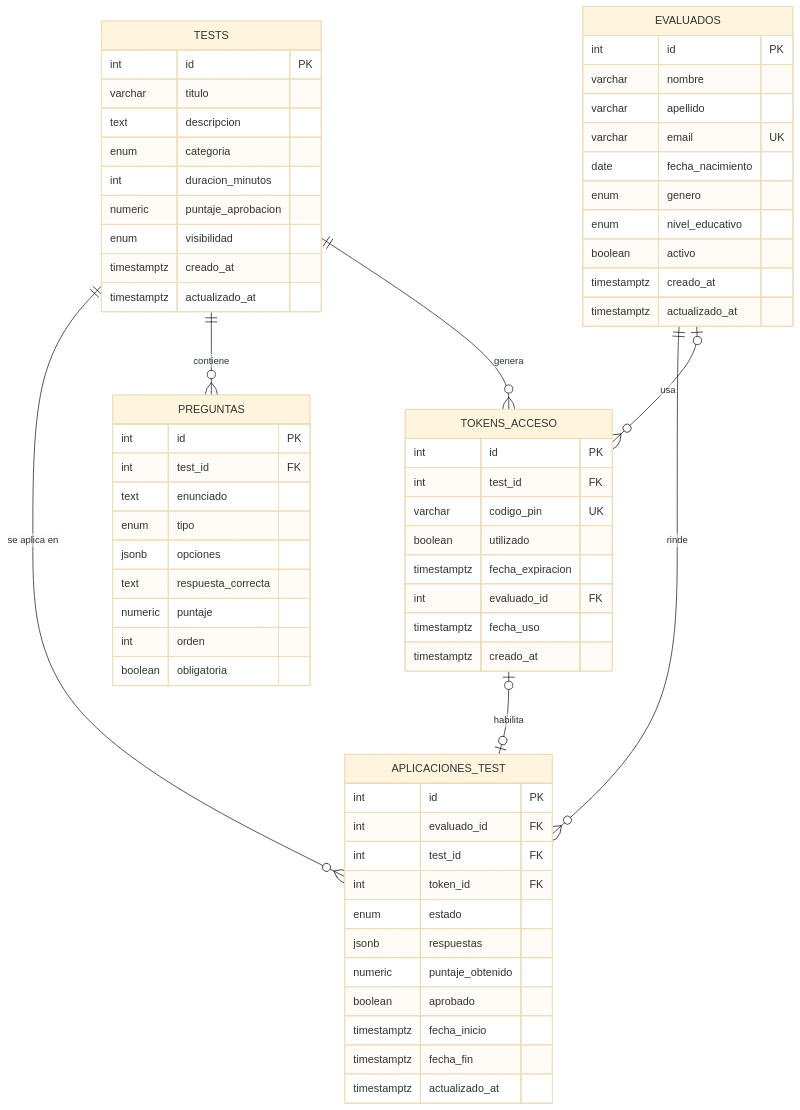
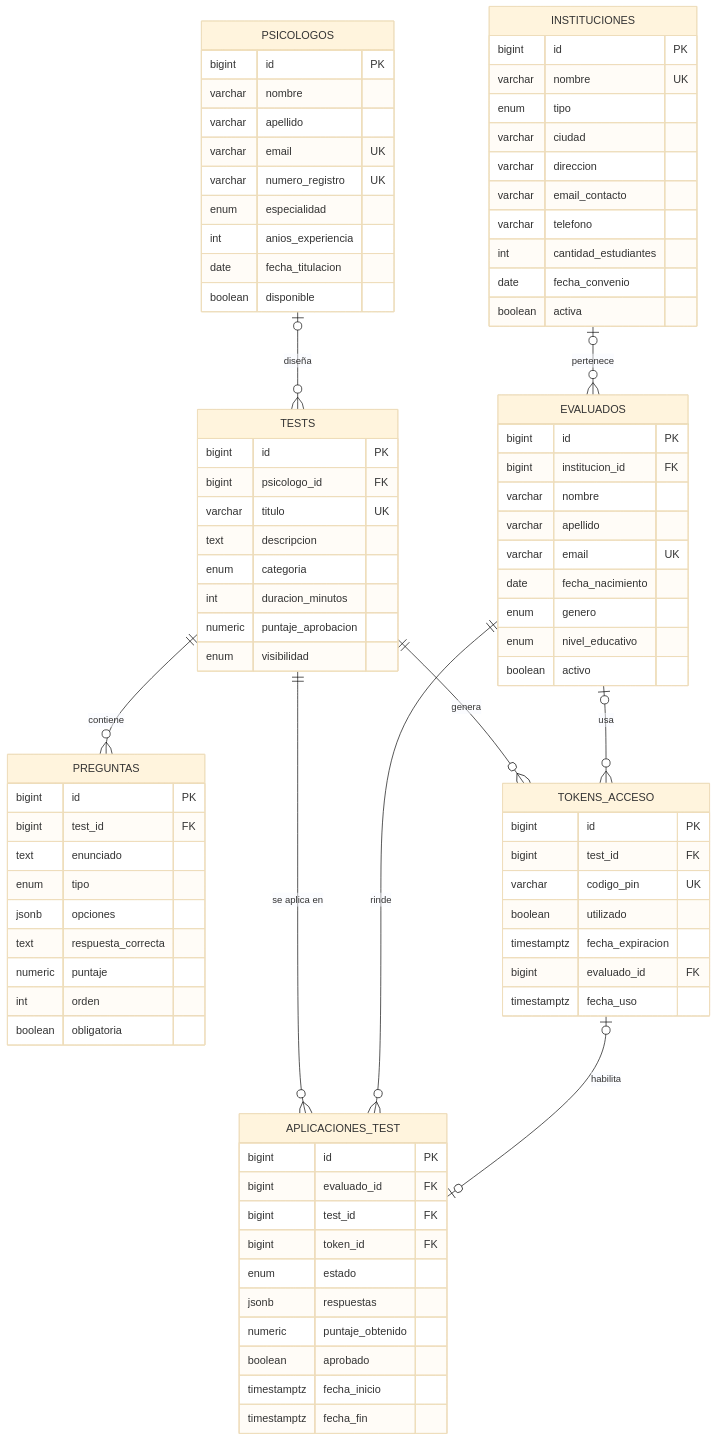
One commit to bairoz/taller-2ServiciosWeb changed the diagram in README.md. Above: the diagram before and after it, drawn with Mermaid (base theme). The commit also changed other lines of this file and 5 other files, not shown here.

````diff
--- a/README.md
+++ b/README.md
@@ -58,14 +106,29 @@
 ```mermaid
 erDiagram
-    EVALUADOS ||--o{ APLICACIONES_TEST : rinde
-    TESTS ||--o{ APLICACIONES_TEST : "se aplica en"
+    INSTITUCIONES |o--o{ EVALUADOS : "pertenece"
+    PSICOLOGOS |o--o{ TESTS : "diseña"
     TESTS ||--o{ PREGUNTAS : contiene
     TESTS ||--o{ TOKENS_ACCESO : genera
+    TESTS ||--o{ APLICACIONES_TEST : "se aplica en"
+    EVALUADOS ||--o{ APLICACIONES_TEST : rinde
     EVALUADOS |o--o{ TOKENS_ACCESO : usa
     TOKENS_ACCESO |o--o| APLICACIONES_TEST : habilita
 
+    INSTITUCIONES {
+        bigint id PK
+        varchar nombre UK
+        enum tipo
+        varchar ciudad
+        varchar direccion
+        varchar email_contacto
+        varchar telefono
+        int cantidad_estudiantes
+        date fecha_convenio
+        boolean activa
+    }
     EVALUADOS {
-        int id PK
+        bigint id PK
+        bigint institucion_id FK
         varchar nombre
         varchar apellido
         varchar email UK
@@ -73,23 +136,31 @@
         enum genero
         enum nivel_educativo
         boolean activo
-        timestamptz creado_at
-        timestamptz actualizado_at
+    }
+    PSICOLOGOS {
+        bigint id PK
+        varchar nombre
+        varchar apellido
+        varchar email UK
+        varchar numero_registro UK
+        enum especialidad
+        int anios_experiencia
+        date fecha_titulacion
+        boolean disponible
     }
     TESTS {
-        int id PK
-        varchar titulo
+        bigint id PK
+        bigint psicologo_id FK
+        varchar titulo UK
         text descripcion
         enum categoria
         int duracion_minutos
         numeric puntaje_aprobacion
         enum visibilidad
-        timestamptz creado_at
-        timestamptz actualizado_at
     }
     PREGUNTAS {
-        int id PK
-        int test_id FK
+        bigint id PK
+        bigint test_id FK
         text enunciado
         enum tipo
         jsonb opciones
@@ -99,26 +170,24 @@
         boolean obligatoria
     }
     TOKENS_ACCESO {
-        int id PK
-        int test_id FK
+        bigint id PK
+        bigint test_id FK
         varchar codigo_pin UK
         boolean utilizado
         timestamptz fecha_expiracion
-        int evaluado_id FK
+        bigint evaluado_id FK
         timestamptz fecha_uso
-        timestamptz creado_at
     }
     APLICACIONES_TEST {
-        int id PK
-        int evaluado_id FK
-        int test_id FK
-        int token_id FK
+        bigint id PK
+        bigint evaluado_id FK
+        bigint test_id FK
+        bigint token_id FK
         enum estado
         jsonb respuestas
         numeric puntaje_obtenido
         boolean aprobado
         timestamptz fecha_inicio
         timestamptz fecha_fin
-        timestamptz actualizado_at
     }
 ```
````
